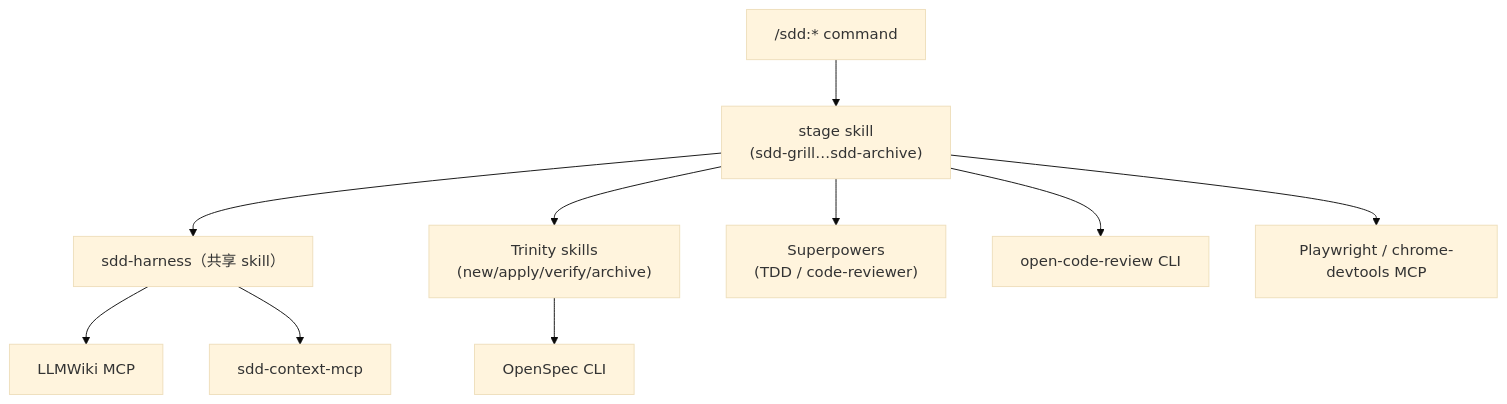
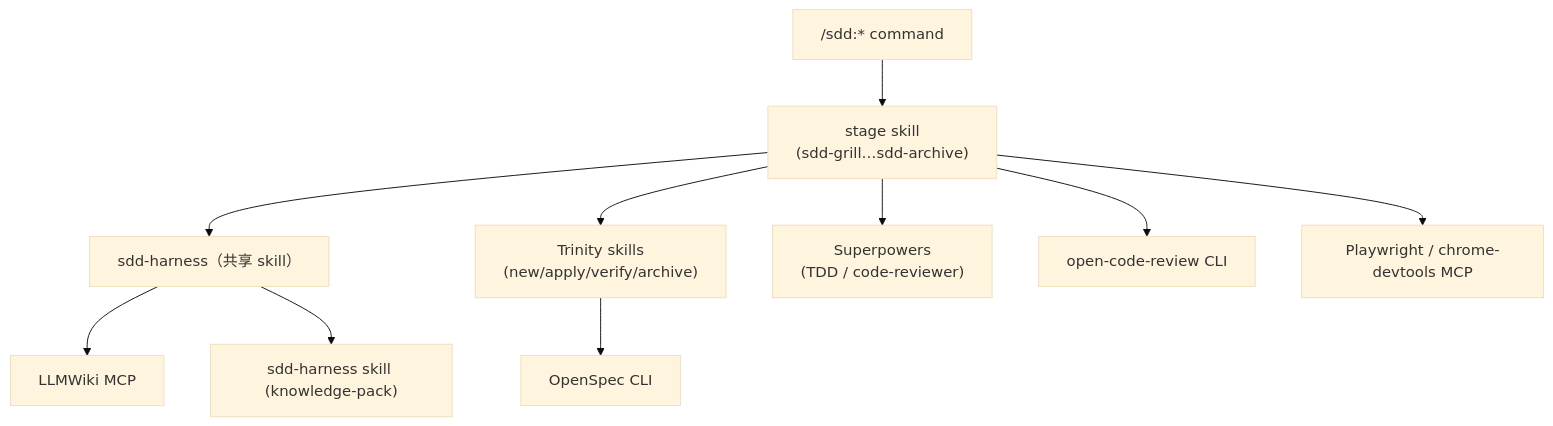
Before and after one commit to ql-wade/sdd-harness: the third of 3 diagrams in docs/architecture/sdd-harness-workflow-architecture.md, drawn with Mermaid (base theme). The commit also changed other lines of this file and 11 other files, not shown here.

````diff
--- a/docs/architecture/sdd-harness-workflow-architecture.md
+++ b/docs/architecture/sdd-harness-workflow-architecture.md
@@ -777,12 +776,12 @@
 ```mermaid
 flowchart TB
   CMD["/sdd:* command"] --> SS["stage skill<br/>(sdd-grill…sdd-archive)"]
   SS --> SH["sdd-harness（共享 skill）"]
   SS --> TRI["Trinity skills<br/>(new/apply/verify/archive)"]
   SS --> SP["Superpowers<br/>(TDD / code-reviewer)"]
   SS --> OCR["open-code-review CLI"]
   SS --> QA["Playwright / chrome-devtools MCP"]
   SH --> LLM["LLMWiki MCP"]
-  SH --> SCM["sdd-context-mcp"]
+  SH --> KS["sdd-harness skill (knowledge-pack)"]
   TRI --> OS["OpenSpec CLI"]
 ```
````
